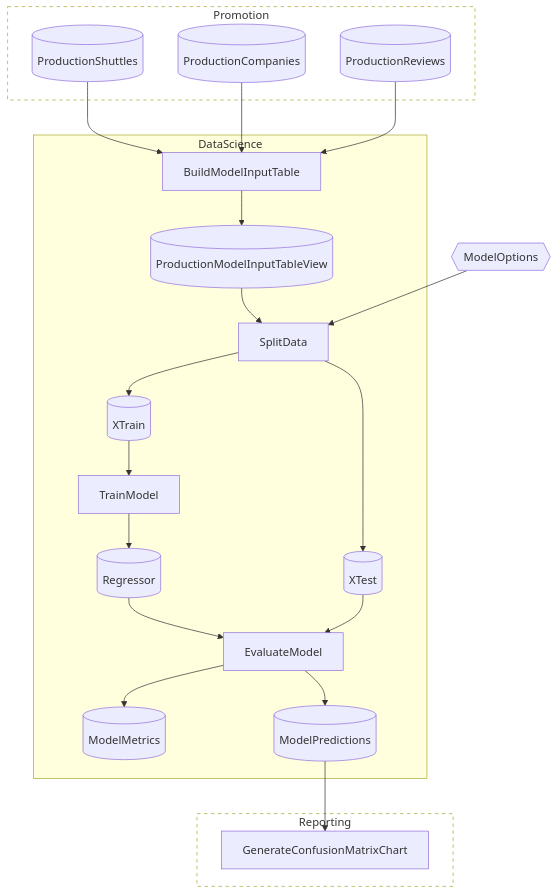
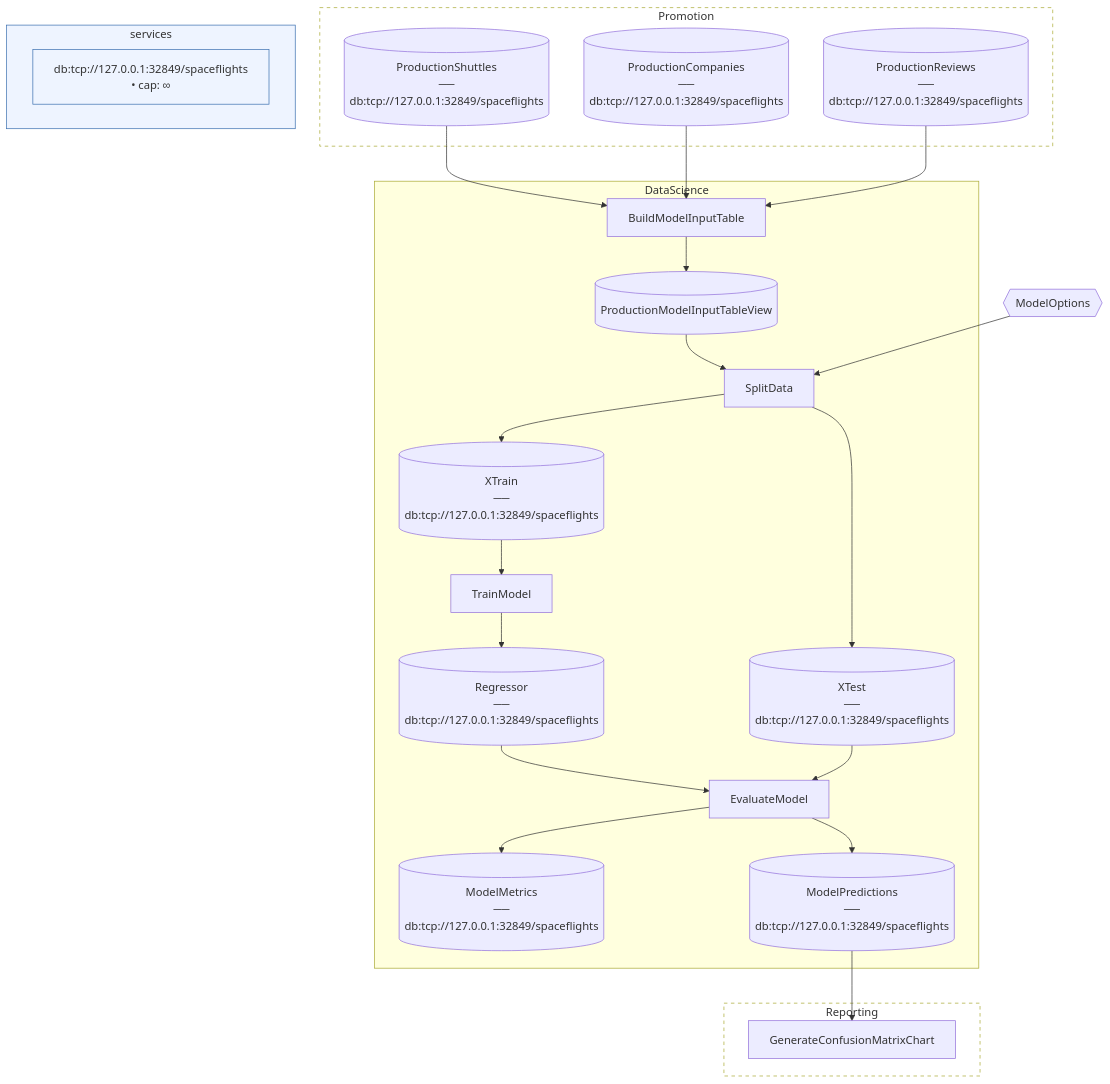
One commit to chaoticgoodcomputing/flowthru changed the second of 4 diagrams in examples/advanced/SpaceflightsStagingSchema/README.md. Above: the diagram before and after it, drawn with Mermaid. The commit also changed other lines of this file and 18 other files, not shown here.

````diff
--- a/examples/advanced/SpaceflightsStagingSchema/README.md
+++ b/examples/advanced/SpaceflightsStagingSchema/README.md
@@ -90,49 +98,57 @@
 ```mermaid
 flowchart TB
 
     %% External Data Inputs
     ModelOptions{{"ModelOptions"}}
 
     subgraph Promotion_us["Promotion"]
-        ProductionCompanies[("ProductionCompanies")]
-        ProductionReviews[("ProductionReviews")]
-        ProductionShuttles[("ProductionShuttles")]
+        ProductionCompanies[("ProductionCompanies<br>──<br>db:tcp://127.0.0.1:32849/spaceflights")]
+        ProductionReviews[("ProductionReviews<br>──<br>db:tcp://127.0.0.1:32849/spaceflights")]
+        ProductionShuttles[("ProductionShuttles<br>──<br>db:tcp://127.0.0.1:32849/spaceflights")]
     end
 
     subgraph DataScience["DataScience"]
         BuildModelInputTable["BuildModelInputTable"]
         ProductionModelInputTableView[("ProductionModelInputTableView")]
         SplitData["SplitData"]
-        XTrain[("XTrain")]
-        XTest[("XTest")]
+        XTrain[("XTrain<br>──<br>db:tcp://127.0.0.1:32849/spaceflights")]
+        XTest[("XTest<br>──<br>db:tcp://127.0.0.1:32849/spaceflights")]
         TrainModel["TrainModel"]
-        Regressor[("Regressor")]
+        Regressor[("Regressor<br>──<br>db:tcp://127.0.0.1:32849/spaceflights")]
         EvaluateModel["EvaluateModel"]
-        ModelMetrics[("ModelMetrics")]
-        ModelPredictions[("ModelPredictions")]
+        ModelMetrics[("ModelMetrics<br>──<br>db:tcp://127.0.0.1:32849/spaceflights")]
+        ModelPredictions[("ModelPredictions<br>──<br>db:tcp://127.0.0.1:32849/spaceflights")]
     end
+
+    %% Service legend
+    subgraph service_legend["services"]
+        svc_efcore_Npgsql_EntityFrameworkCore_PostgreSQL_tcp___127_0_0_1_32849_spaceflights["db:tcp://127.0.0.1:32849/spaceflights<br>• cap: ∞"]
+    end
+    style service_legend fill:#EEF4FF,stroke:#3B6FB0
+    classDef serviceNode fill:#EEF4FF,stroke:#3B6FB0
+    class svc_efcore_Npgsql_EntityFrameworkCore_PostgreSQL_tcp___127_0_0_1_32849_spaceflights serviceNode
 
     subgraph Reporting_ds["Reporting"]
         GenerateConfusionMatrixChart["GenerateConfusionMatrixChart"]
     end
 
     %% Edges
     ProductionShuttles --> BuildModelInputTable
     ProductionCompanies --> BuildModelInputTable
     ProductionReviews --> BuildModelInputTable
     BuildModelInputTable --> ProductionModelInputTableView
     ProductionModelInputTableView --> SplitData
     ModelOptions --> SplitData
     SplitData --> XTrain
     SplitData --> XTest
     XTrain --> TrainModel
     TrainModel --> Regressor
     Regressor --> EvaluateModel
     XTest --> EvaluateModel
     EvaluateModel --> ModelMetrics
     EvaluateModel --> ModelPredictions
     ModelPredictions --> GenerateConfusionMatrixChart
 
     classDef collapsed stroke-dasharray:5 5,fill:transparent
     class Promotion_us,Reporting_ds collapsed
 ```
````
